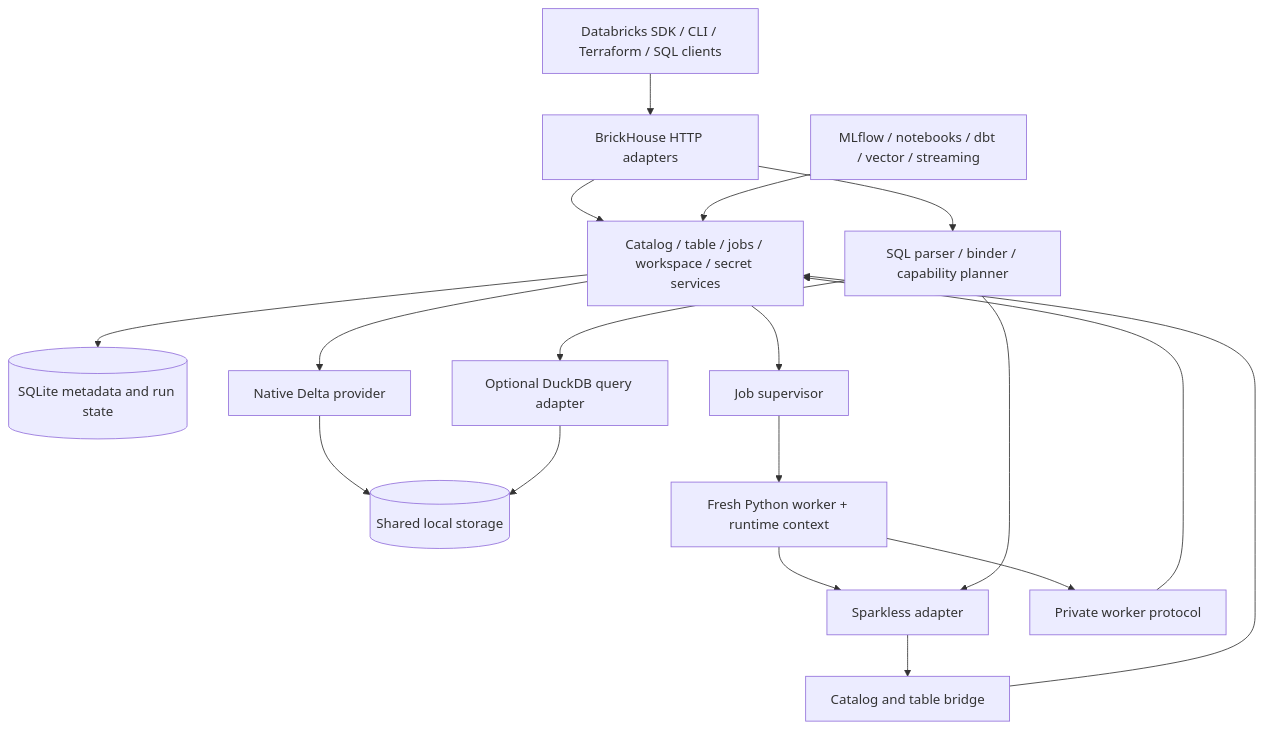
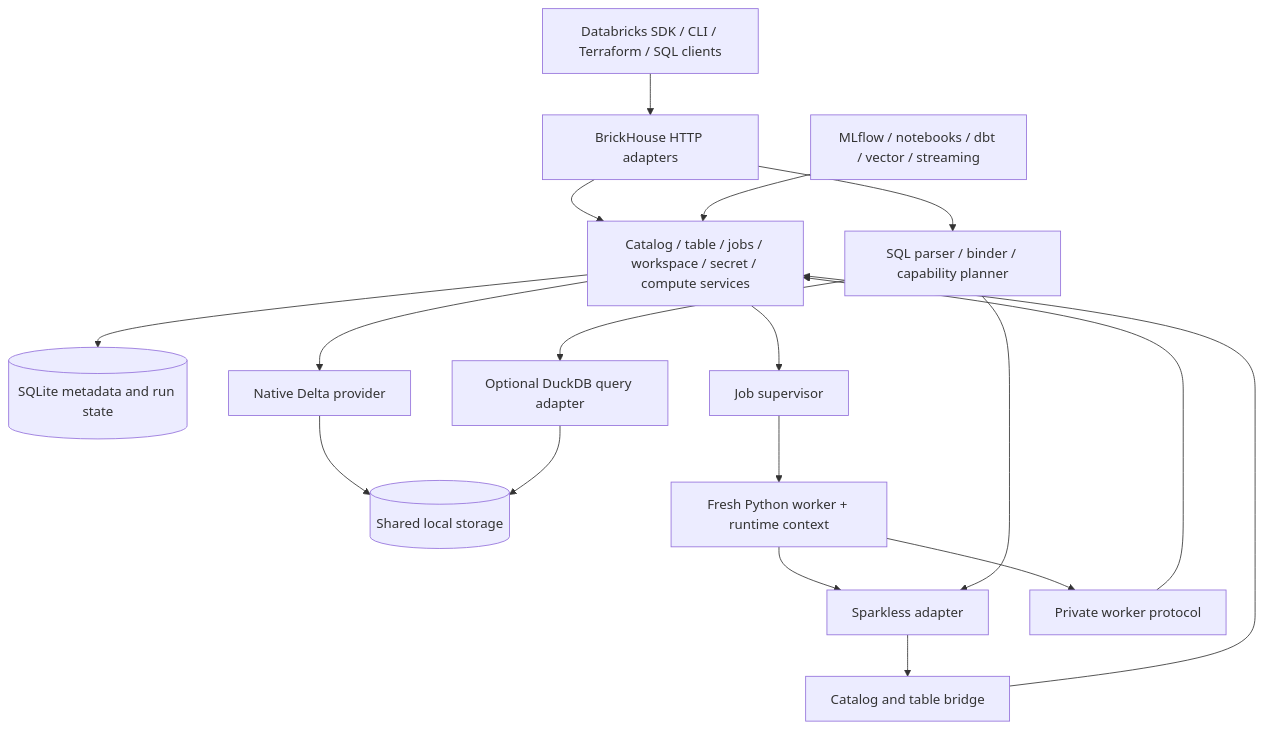
Before and after one commit to eddiethedean/brickhouse: the diagram in docs/plan/01-architecture.md, drawn with Mermaid. The commit also changed other lines of this file and 212 other files, not shown here.

````diff
--- a/docs/plan/01-architecture.md
+++ b/docs/plan/01-architecture.md
@@ -7,20 +7,20 @@
 ```mermaid
 flowchart TB
     clients[Databricks SDK / CLI / Terraform / SQL clients] --> api[BrickHouse HTTP adapters]
-    api --> services[Catalog / table / jobs / workspace / secret services]
+    api --> services[Catalog / table / jobs / workspace / secret / compute services]
     services --> meta[(SQLite metadata and run state)]
     services --> delta[Native Delta provider]
     delta --> files[(Shared local storage)]
     services --> supervisor[Job supervisor]
     supervisor --> worker[Fresh Python worker + runtime context]
     worker --> engine[Sparkless adapter]
     worker --> internal[Private worker protocol]
     internal --> services
     api --> planner[SQL parser / binder / capability planner]
     planner --> engine
     planner --> duck[Optional DuckDB query adapter]
     engine --> tables[Catalog and table bridge]
     tables --> services
     duck --> files
     optional[MLflow / notebooks / dbt / vector / streaming] --> services
 ```
````
